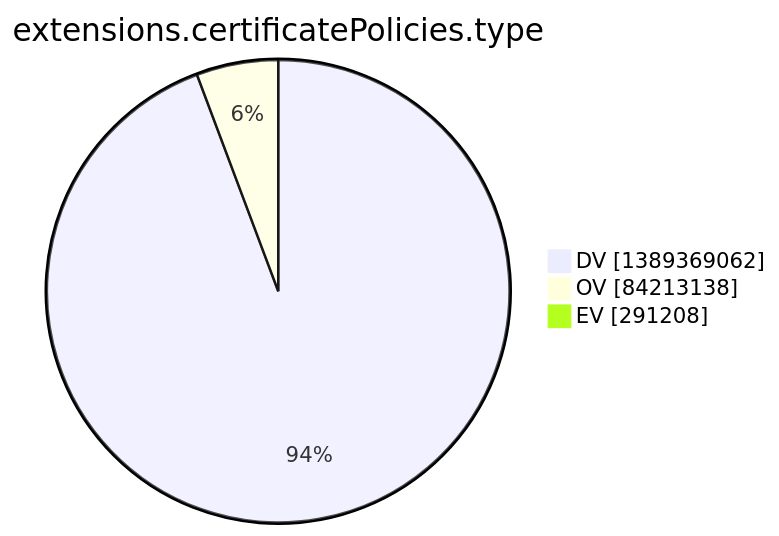
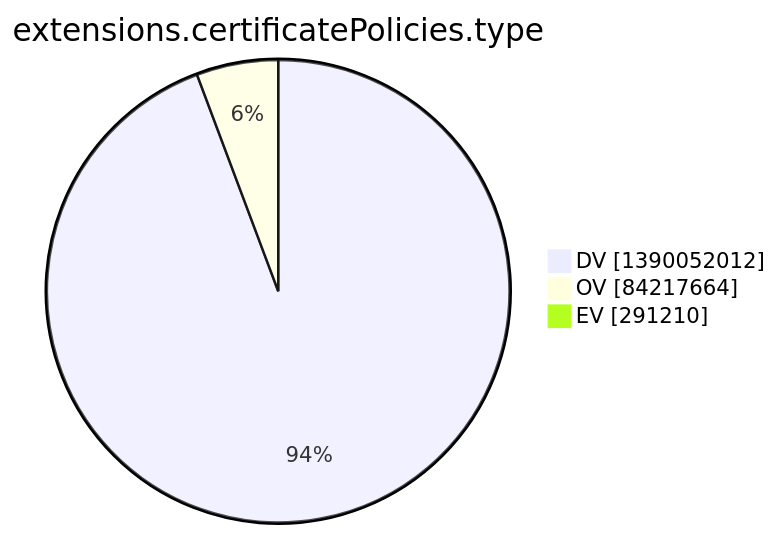
One commit to christiankrug/ctmonitor_visualization changed the tenth of 15 diagrams in argon2022/README.md. Above: the diagram before and after it, drawn with Mermaid. The commit also changed other lines of this file, not shown here.

````diff
--- a/argon2022/README.md
+++ b/argon2022/README.md
@@ -2773,7 +2773,7 @@
 ```mermaid
 pie showData
 title extensions.certificatePolicies.type
-"DV" :1389369062
-"OV" :84213138
-"EV" :291208
+"DV" :1390052012
+"OV" :84217664
+"EV" :291210
 ```
````
